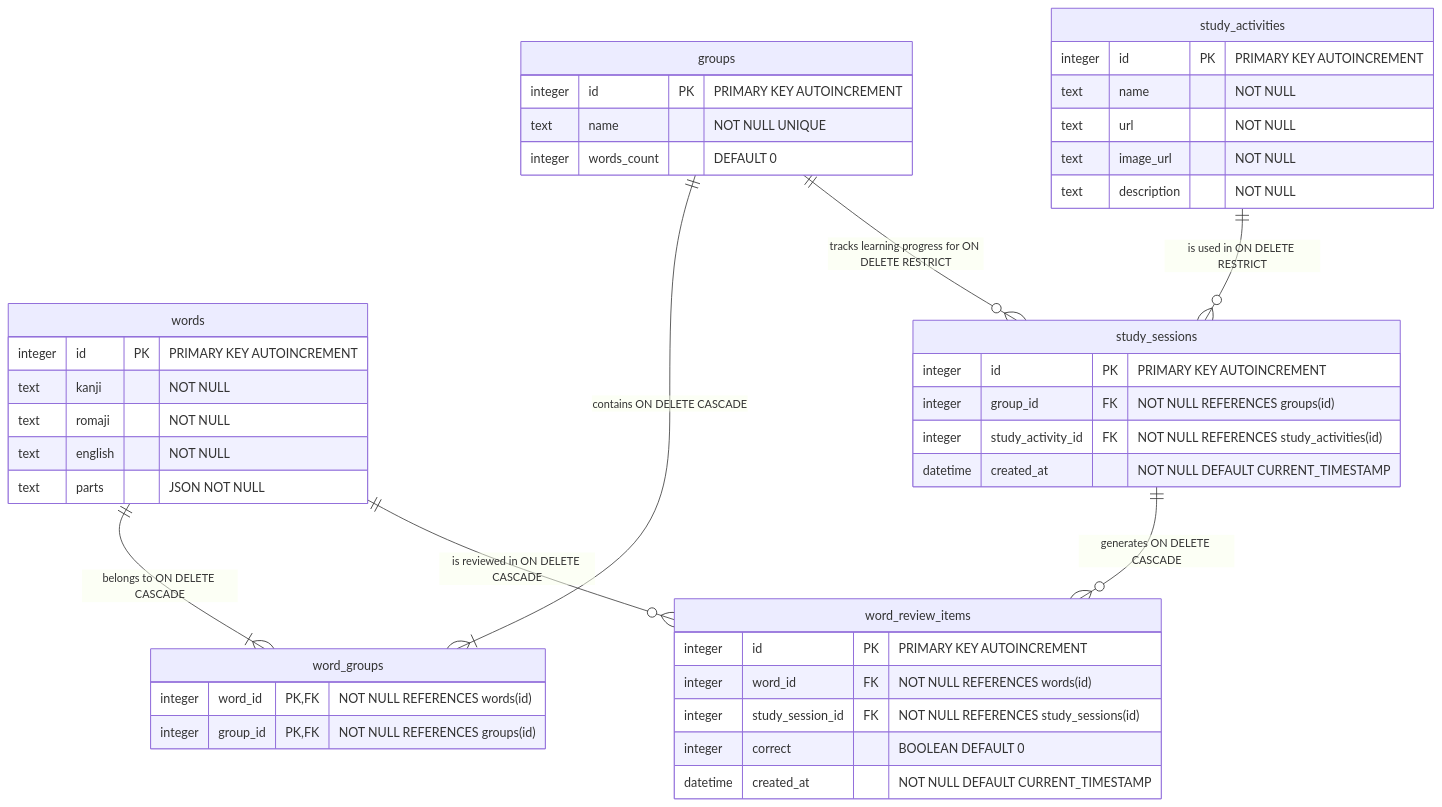
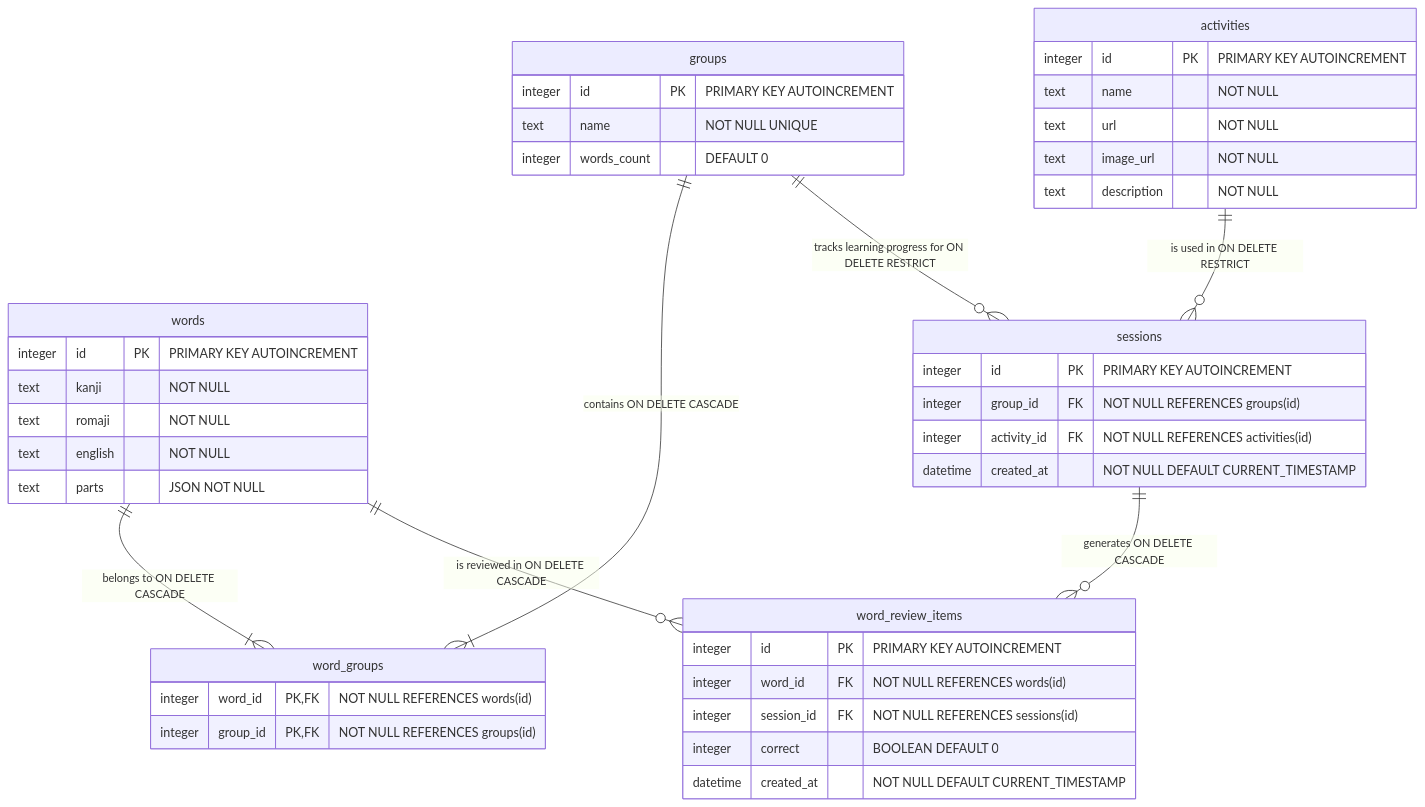
Before and after one commit to rcgray/free-genai-bootcamp-2025: the diagram in lang-portal/docs/Database-Schema.md, drawn with Mermaid. The commit also changed other lines of this file and 43 other files, not shown here.

Commit message:
large refactor, changing study_session to study and study_activity to activity throughout the backend. added activity endpoints and tests. all tests passing

````diff
--- a/lang-portal/docs/Database-Schema.md
+++ b/lang-portal/docs/Database-Schema.md
@@ -18,51 +15,51 @@
 ```mermaid
 erDiagram
     groups {
         integer id PK "PRIMARY KEY AUTOINCREMENT"
         text name "NOT NULL UNIQUE"
         integer words_count "DEFAULT 0"
     }
 
     words {
         integer id PK "PRIMARY KEY AUTOINCREMENT"
         text kanji "NOT NULL"
         text romaji "NOT NULL"
         text english "NOT NULL"
         text parts "JSON NOT NULL"
     }
 
     word_groups {
         integer word_id PK,FK "NOT NULL REFERENCES words(id)"
         integer group_id PK,FK "NOT NULL REFERENCES groups(id)"
     }
 
-    study_activities {
+    activities {
         integer id PK "PRIMARY KEY AUTOINCREMENT"
         text name "NOT NULL"
         text url "NOT NULL"
         text image_url "NOT NULL"
         text description "NOT NULL"
     }
 
-    study_sessions {
+    sessions {
         integer id PK "PRIMARY KEY AUTOINCREMENT"
         integer group_id FK "NOT NULL REFERENCES groups(id)"
-        integer study_activity_id FK "NOT NULL REFERENCES study_activities(id)"
+        integer activity_id FK "NOT NULL REFERENCES activities(id)"
         datetime created_at "NOT NULL DEFAULT CURRENT_TIMESTAMP"
     }
 
     word_review_items {
         integer id PK "PRIMARY KEY AUTOINCREMENT"
         integer word_id FK "NOT NULL REFERENCES words(id)"
-        integer study_session_id FK "NOT NULL REFERENCES study_sessions(id)"
+        integer session_id FK "NOT NULL REFERENCES sessions(id)"
         integer correct "BOOLEAN DEFAULT 0"
         datetime created_at "NOT NULL DEFAULT CURRENT_TIMESTAMP"
     }
 
     words ||--|{ word_groups : "belongs to ON DELETE CASCADE"
     groups ||--|{ word_groups : "contains ON DELETE CASCADE"
-    groups ||--o{ study_sessions : "tracks learning progress for ON DELETE RESTRICT"
-    study_activities ||--o{ study_sessions : "is used in ON DELETE RESTRICT"
-    study_sessions ||--o{ word_review_items : "generates ON DELETE CASCADE"
+    groups ||--o{ sessions : "tracks learning progress for ON DELETE RESTRICT"
+    activities ||--o{ sessions : "is used in ON DELETE RESTRICT"
+    sessions ||--o{ word_review_items : "generates ON DELETE CASCADE"
     words ||--o{ word_review_items : "is reviewed in ON DELETE CASCADE"
 ```
````
